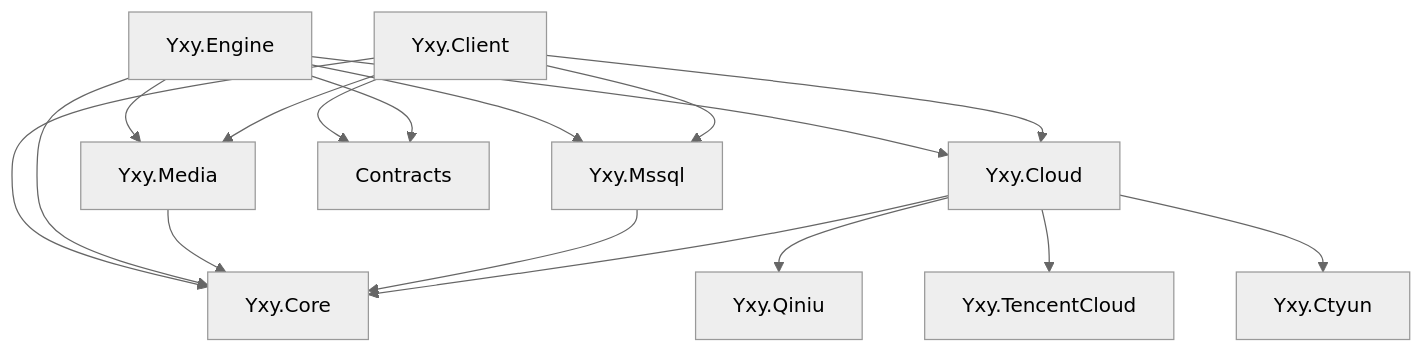
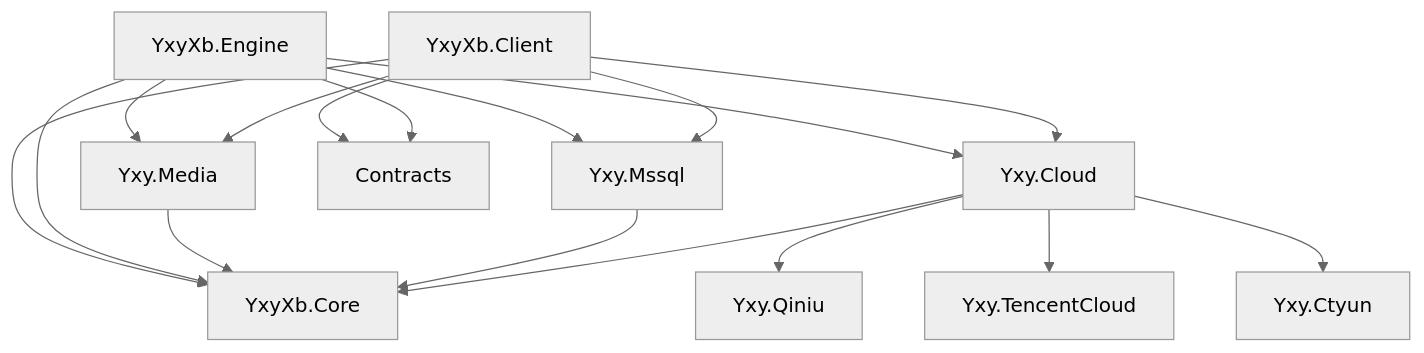
The second of 2 diagrams in Doc/用心云·循备-开发计划.md (yongxincloud/yxyxb), drawn with Mermaid (neutral theme) before and after one commit. The commit also changed other lines of this file and 8 other files, not shown here.

````diff
--- a/Doc/用心云·循备-开发计划.md
+++ b/Doc/用心云·循备-开发计划.md
@@ -195,19 +195,19 @@
 ```mermaid
 flowchart TB
-  Client[Yxy.Client] --> Core[Yxy.Core]
-  Engine[Yxy.Engine] --> Core
+  Client[YxyXb.Client] --> Core[YxyXb.Core]
+  Engine[YxyXb.Engine] --> Core
   Engine --> Media[Yxy.Media]
   Engine --> Mssql[Yxy.Mssql]
   Engine --> Cloud[Yxy.Cloud]
   Cloud --> Qiniu[Yxy.Qiniu]
   Cloud --> Tencent[Yxy.TencentCloud]
   Cloud --> Ctyun[Yxy.Ctyun]
   Client --> Media
   Client --> Mssql
   Client --> Cloud
   Media --> Core
   Mssql --> Core
   Cloud --> Core
   Client --> Contracts
   Engine --> Contracts
 ```
````
